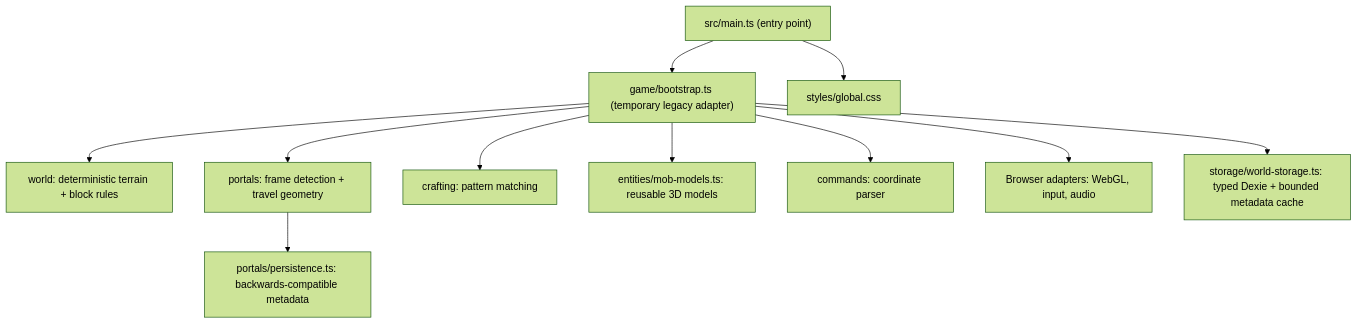
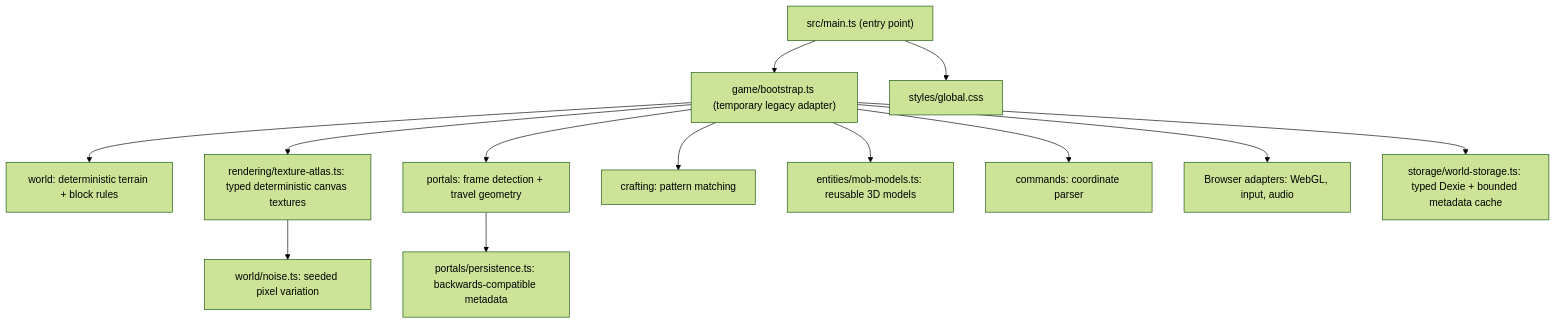
One commit to MauriceCraft/MauriceCraft changed the first of 2 diagrams in docs/ARCHITECTURE.md. Above: the diagram before and after it, drawn with Mermaid (forest theme). The commit also changed other lines of this file and 3 other files, not shown here.

First line of the commit message:
refactor(rendering): move texture atlas out of legacy bootstrap

````diff
--- a/docs/ARCHITECTURE.md
+++ b/docs/ARCHITECTURE.md
@@ -33,13 +35,15 @@
 ```mermaid
 flowchart TD
     Entry["src/main.ts (entry point)"] --> Bootstrap["game/bootstrap.ts (temporary legacy adapter)"]
     Entry --> CSS["styles/global.css"]
     Bootstrap --> World["world: deterministic terrain + block rules"]
+    Bootstrap --> Atlas["rendering/texture-atlas.ts: typed deterministic canvas textures"]
+    Atlas --> Noise["world/noise.ts: seeded pixel variation"]
     Bootstrap --> Portals["portals: frame detection + travel geometry"]
     Bootstrap --> Crafting["crafting: pattern matching"]
     Bootstrap --> MobModels["entities/mob-models.ts: reusable 3D models"]
     Bootstrap --> Commands["commands: coordinate parser"]
     Bootstrap --> Browser["Browser adapters: WebGL, input, audio"]
     Bootstrap --> Storage["storage/world-storage.ts: typed Dexie + bounded metadata cache"]
     Portals --> PortalPersistence["portals/persistence.ts: backwards-compatible metadata"]
 ```
````
